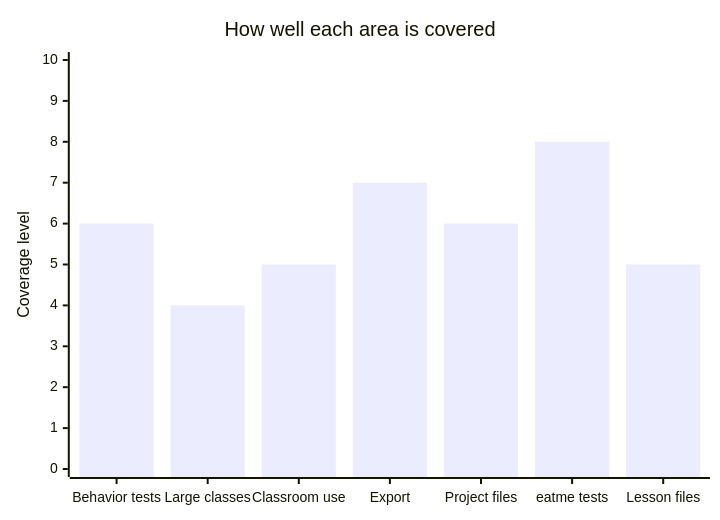
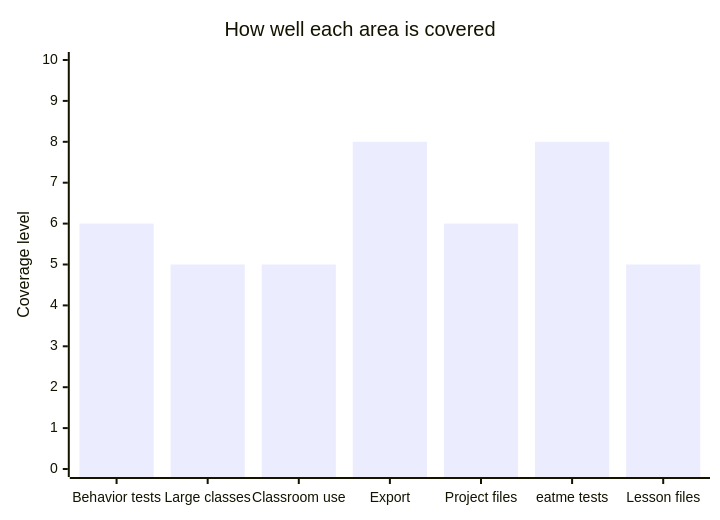
Before and after one commit to rysweet/drinkme: the second of 6 diagrams in README.md, drawn with Mermaid. The commit also changed other lines of this file and 2 other files, not shown here.

````diff
--- a/README.md
+++ b/README.md
@@ -56,7 +56,7 @@
 ```mermaid
 xychart-beta
   title "How well each area is covered"
   x-axis ["Behavior tests", "Large classes", "Classroom use", "Export", "Project files", "eatme tests", "Lesson files"]
   y-axis "Coverage level" 0 --> 10
-  bar [6, 4, 5, 7, 6, 8, 5]
+  bar [6, 5, 5, 8, 6, 8, 5]
 ```
````
